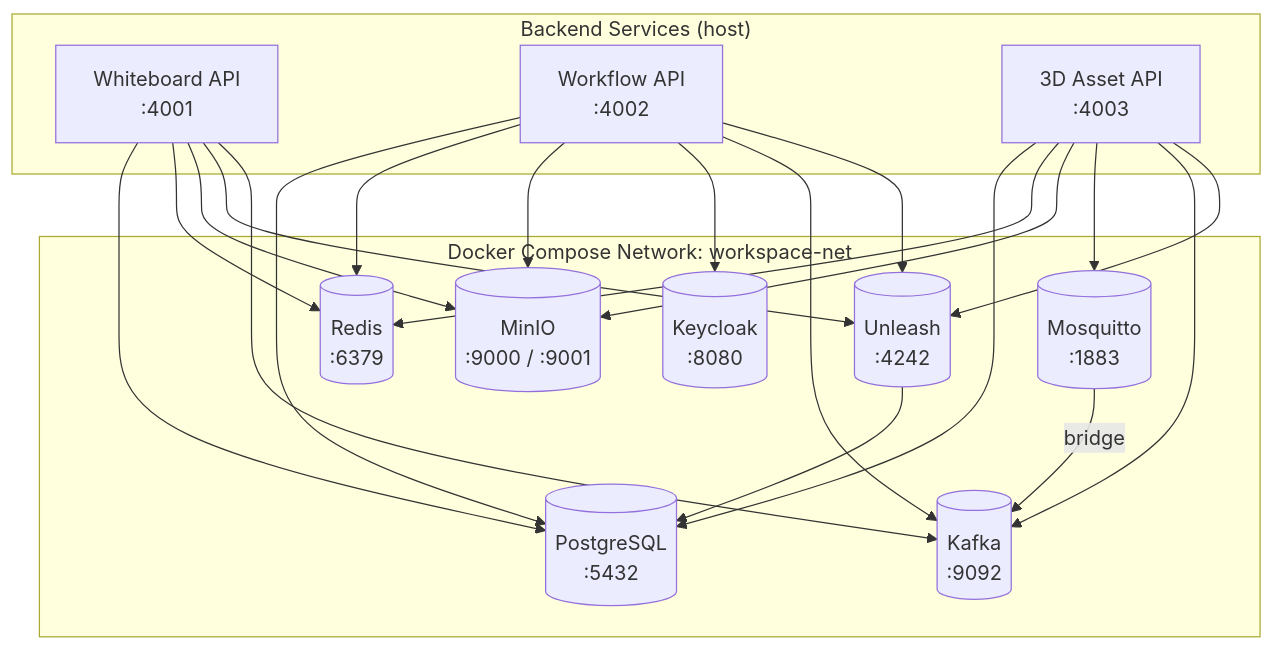
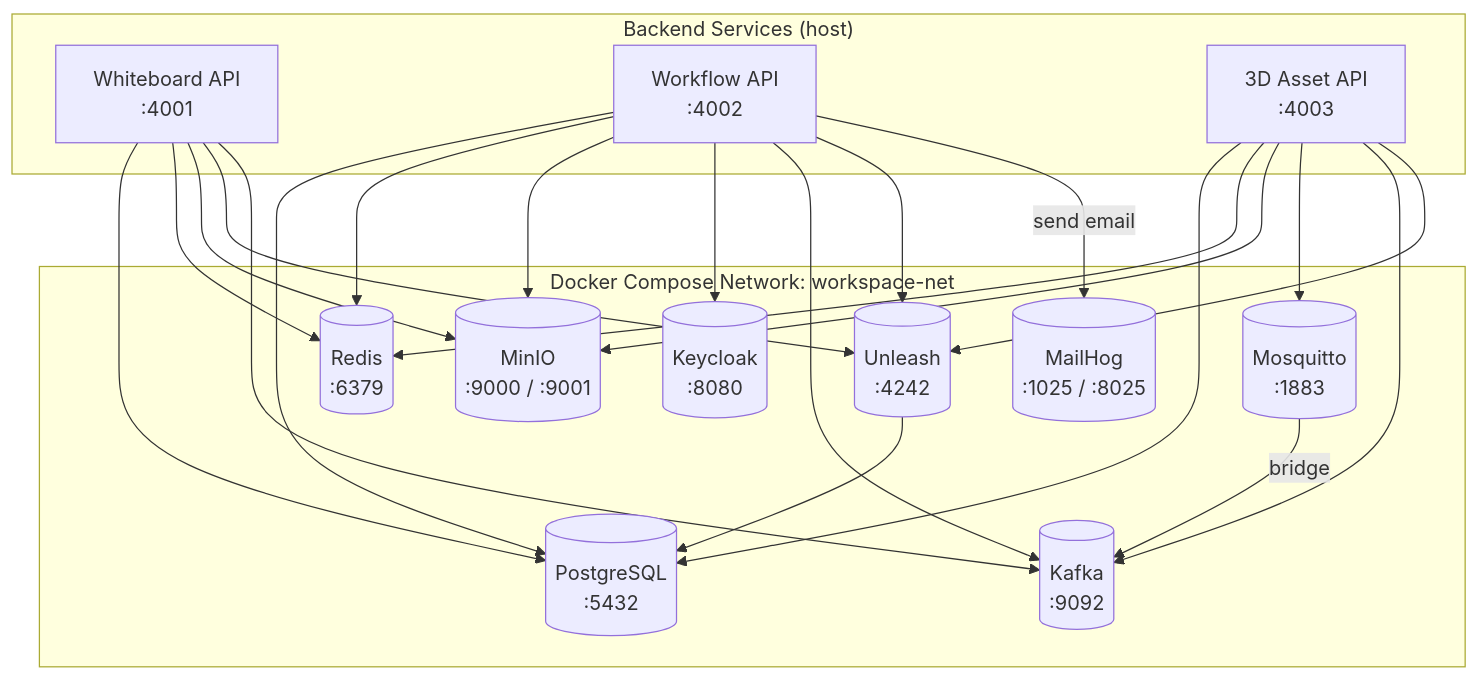
Before and after one commit to Eyolf6Coyote7/Eyolf6Coyote7: the diagram in docs/global_infra.md, drawn with Mermaid. The commit also changed other lines of this file and 1 other file, not shown here.

First line of the commit message:
📘docs#29: add MailHog, 2FA, Storybook, Python AI Service, Go API Gateway

````diff
--- a/docs/global_infra.md
+++ b/docs/global_infra.md
@@ -9,38 +9,40 @@
 ```mermaid
 graph TD
   subgraph "Docker Compose Network: workspace-net"
     PG[(PostgreSQL<br/>:5432)]
     RD[(Redis<br/>:6379)]
     MIO[(MinIO<br/>:9000 / :9001)]
     KC[(Keycloak<br/>:8080)]
     MQ[(Mosquitto<br/>:1883)]
     KF[(Kafka<br/>:9092)]
     UL[(Unleash<br/>:4242)]
+    MH[(MailHog<br/>:1025 / :8025)]
   end
 
   subgraph "Backend Services (host)"
     WB[Whiteboard API<br/>:4001]
     WF[Workflow API<br/>:4002]
     TD[3D Asset API<br/>:4003]
   end
 
   WB --> PG
   WB --> RD
   WB --> MIO
   WB --> UL
   WB --> KF
   WF --> PG
   WF --> RD
   WF --> MIO
   WF --> KC
   WF --> KF
   WF --> UL
+  WF -->|send email| MH
   TD --> PG
   TD --> RD
   TD --> MIO
   TD --> MQ
   MQ -->|bridge| KF
   TD --> KF
   TD --> UL
   UL --> PG
 ```
````
